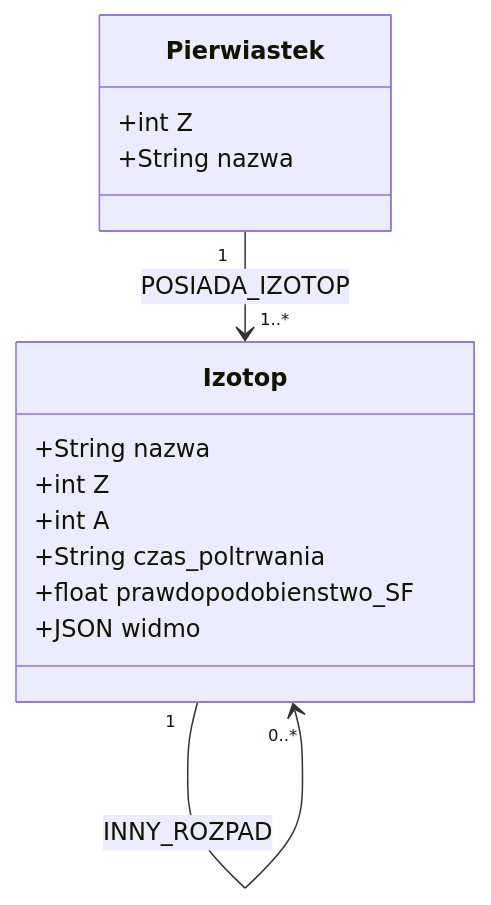
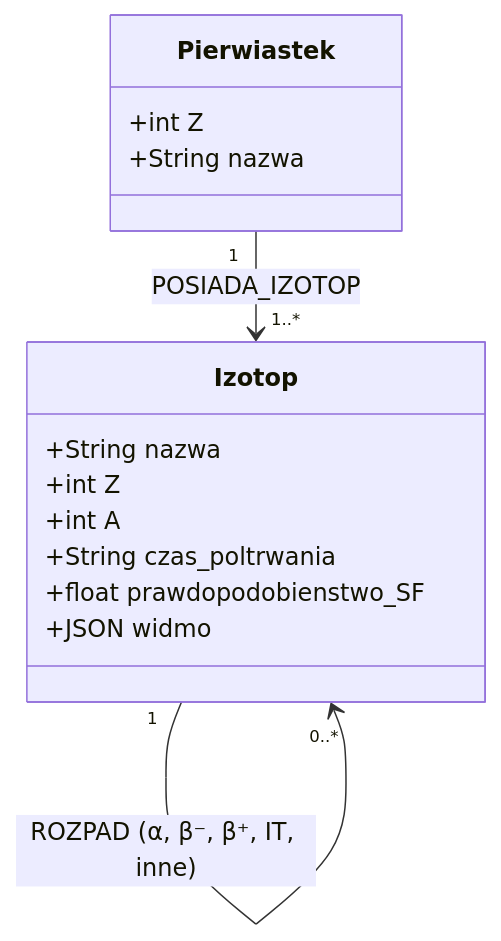
One commit to orzel320/BD2_project_RO changed the second of 3 diagrams in docs/source/uml_diagrams.md. Above: the diagram before and after it, drawn with Mermaid. The commit also changed 2 other files, not shown here.

Commit message:
Poprawiono błąd w diagramie UML i błędy architektury dokumentacji

````diff
--- a/docs/source/uml_diagrams.md
+++ b/docs/source/uml_diagrams.md
@@ -20,22 +20,18 @@
 ```{mermaid}
 classDiagram
     class Pierwiastek {
         +int Z
         +String nazwa
     }
     class Izotop {
         +String nazwa
         +int Z
         +int A
         +String czas_poltrwania
         +float prawdopodobienstwo_SF
         +JSON widmo
     }
     
     Pierwiastek "1" --> "1..*" Izotop : POSIADA_IZOTOP
-    Izotop "1" --> "0..*" Izotop : ROZPAD_ALFA
-    Izotop "1" --> "0..*" Izotop : ROZPAD_BETA_MINUS
-    Izotop "1" --> "0..*" Izotop : ROZPAD_BETA_PLUS_LUB_EC
-    Izotop "1" --> "0..*" Izotop : PRZEJSCIE_IZOMERYCZNE
-    Izotop "1" --> "0..*" Izotop : INNY_ROZPAD
+    Izotop "1" --> "0..*" Izotop : ROZPAD (α, β⁻, β⁺, IT, inne)
 ```
````
